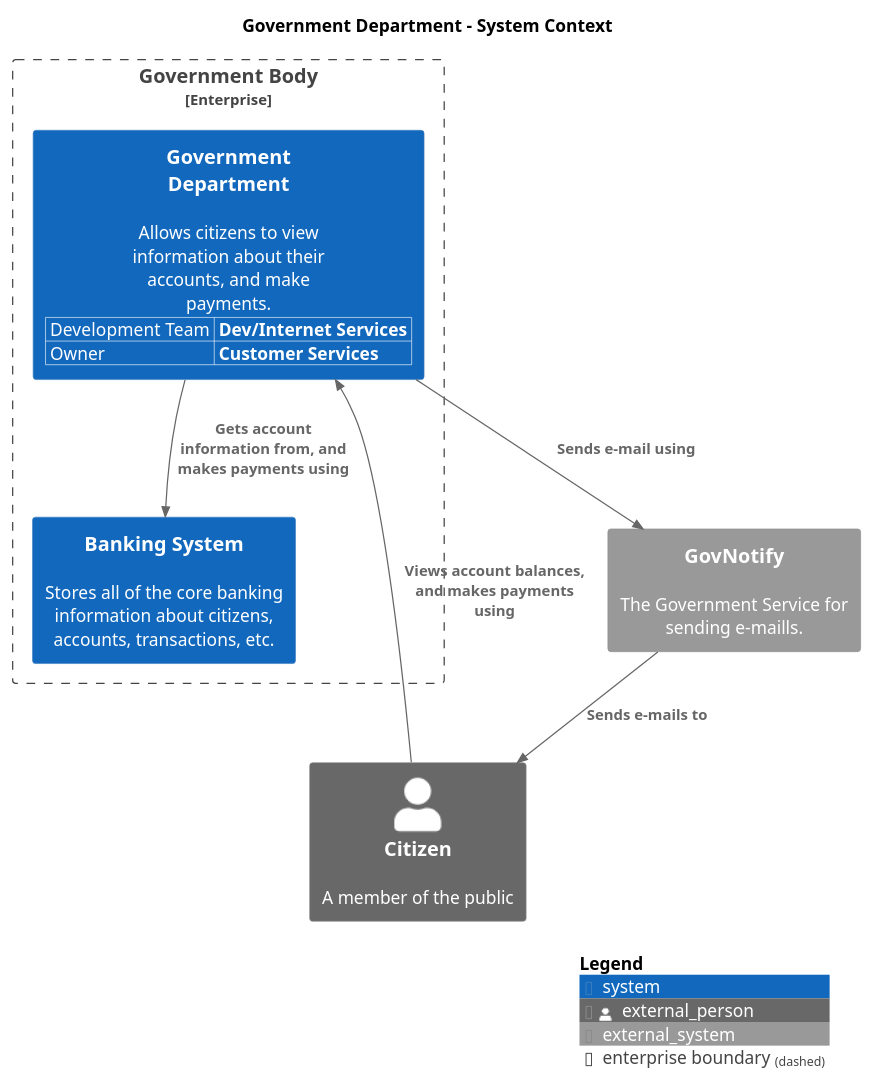
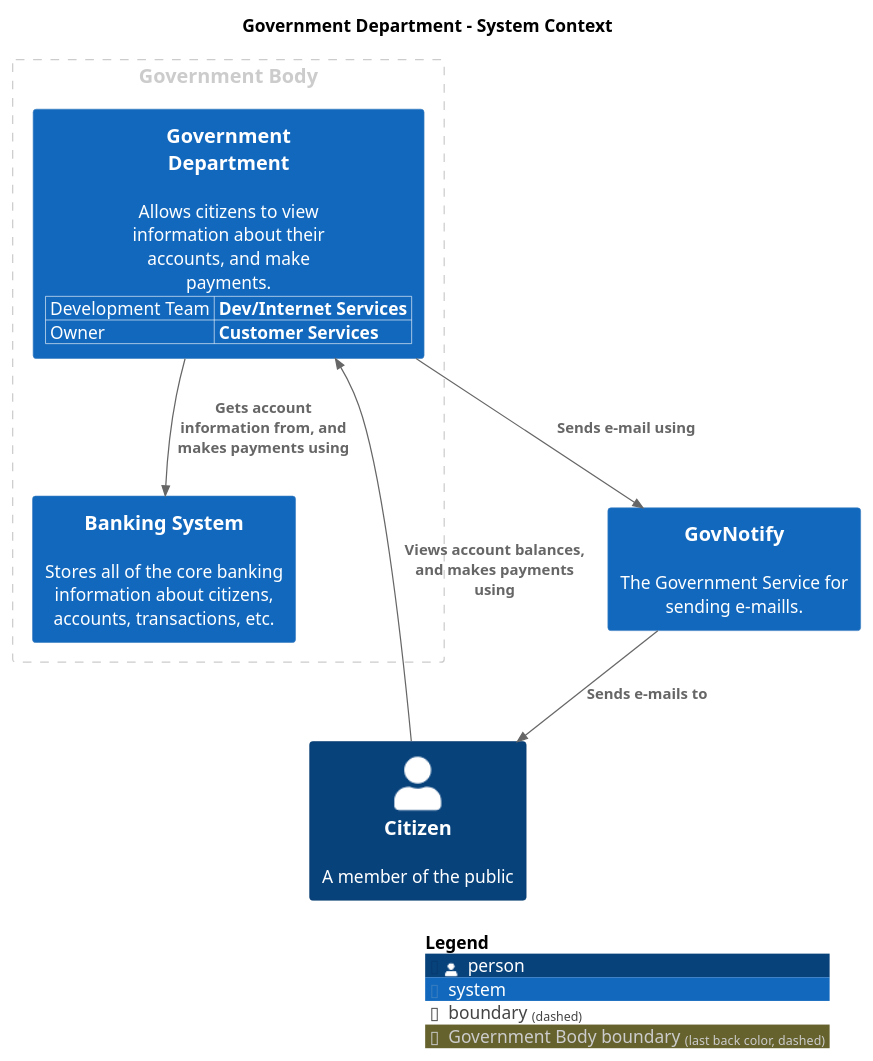
The diagram in main/puml/SystemContext.puml (madetech/structurizr-template), drawn with PlantUML before and after one commit. The commit also changed 97 other files, not shown here.

```diff
--- a/main/puml/SystemContext.puml
+++ b/main/puml/SystemContext.puml
@@ -1,27 +1,28 @@
 @startuml
 set separator none
 title Government Department - System Context
 
 top to bottom direction
 
 !include <C4/C4>
 !include <C4/C4_Context>
 
-Enterprise_Boundary(enterprise, "Government Body") {
+AddBoundaryTag("Government Body", $borderColor="#cccccc", $fontColor="#cccccc", $borderStyle="dashed")
+Boundary(group_1, "Government Body", $tags="Government Body") {
   System(BankingSystem, "Banking System", $descr="Stores all of the core banking information about citizens, accounts, transactions, etc.", $tags="", $link="")
   WithoutPropertyHeader()
   AddProperty("Development Team","Dev/Internet Services")
   AddProperty("Owner","Customer Services")
   System(GovernmentDepartment, "Government Department", $descr="Allows citizens to view information about their accounts, and make payments.", $tags="", $link="")
 }
 
-Person_Ext(Citizen, "Citizen", $descr="A member of the public", $tags="", $link="")
-System_Ext(GovNotify, "GovNotify", $descr="The Government Service for sending e-maills.", $tags="", $link="")
+Person(Citizen, "Citizen", $descr="A member of the public", $tags="", $link="")
+System(GovNotify, "GovNotify", $descr="The Government Service for sending e-maills.", $tags="", $link="")
 
-Rel_D(Citizen, GovernmentDepartment, "Views account balances, and makes payments using", $techn="", $tags="", $link="")
-Rel_D(GovernmentDepartment, BankingSystem, "Gets account information from, and makes payments using", $techn="", $tags="", $link="")
-Rel_D(GovernmentDepartment, GovNotify, "Sends e-mail using", $techn="", $tags="", $link="")
-Rel_D(GovNotify, Citizen, "Sends e-mails to", $techn="", $tags="", $link="")
+Rel(Citizen, GovernmentDepartment, "Views account balances, and makes payments using", $techn="", $tags="", $link="")
+Rel(GovernmentDepartment, BankingSystem, "Gets account information from, and makes payments using", $techn="", $tags="", $link="")
+Rel(GovernmentDepartment, GovNotify, "Sends e-mail using", $techn="", $tags="", $link="")
+Rel(GovNotify, Citizen, "Sends e-mails to", $techn="", $tags="", $link="")
 
 SHOW_LEGEND(true)
 @enduml
```
